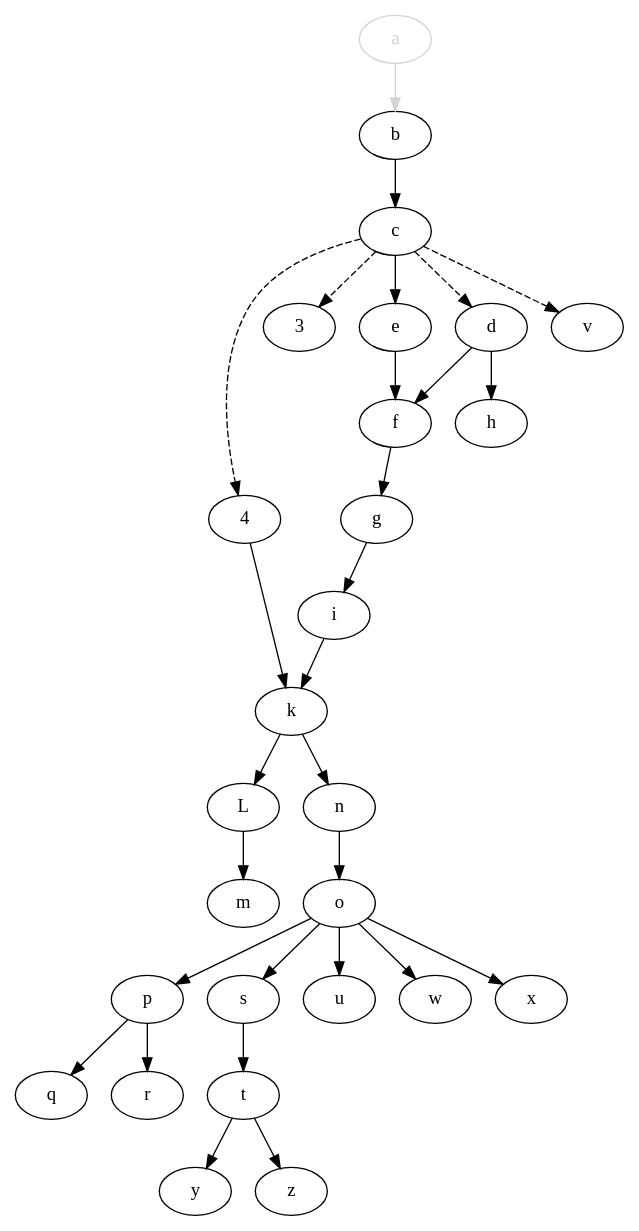
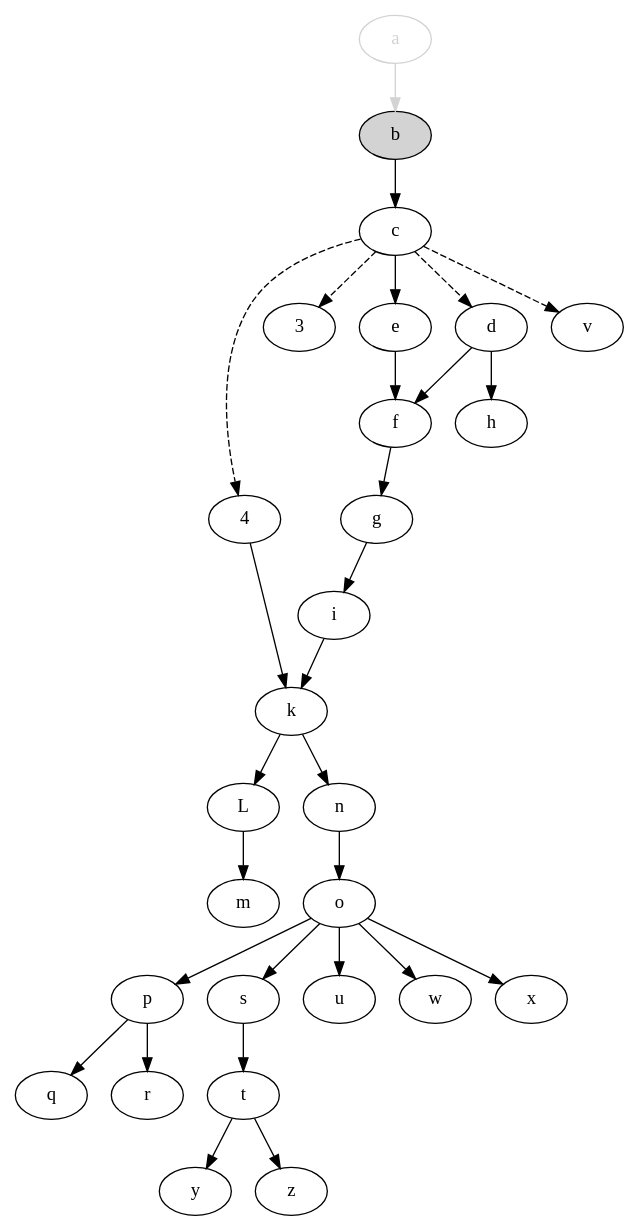
One commit to jdmpapin/svm-startup-deps changed the diagram in svm-startup-deps.dot. Above: the diagram before and after it, drawn with Graphviz. The commit also changed 1 other file, not shown here.

```diff
--- a/svm-startup-deps.dot
+++ b/svm-startup-deps.dot
@@ -1,58 +1,58 @@
 digraph {
     4;
     3;
     a [color=lightgrey,fontcolor=lightgrey];
-    b;
+    b [style=filled,fillcolor=lightgrey];
     c;
     d;
     e;
     f;
     g;
     h;
     i;
     k;
     L;
     m;
     n;
     o;
     p;
     q;
     r;
     s;
     t;
     u;
     v;
     w;
     x;
     y;
     z;
 
     4 -> k;
     c -> 4 [style=dashed];
     c -> 3 [style=dashed];
     c -> d [style=dashed];
     c -> v [style=dashed];
     a -> b [color=lightgrey];
     b -> c;
     c -> e;
     d -> f;
     e -> f;
     f -> g;
     d -> h;
     g -> i;
     i -> k;
     k -> L;
     L -> m;
     k -> n;
     n -> o;
     o -> p;
     p -> q;
     p -> r;
     o -> s;
     s -> t;
     o -> u;
     o -> w;
     o -> x;
     t -> y;
     t -> z;
 }
```
